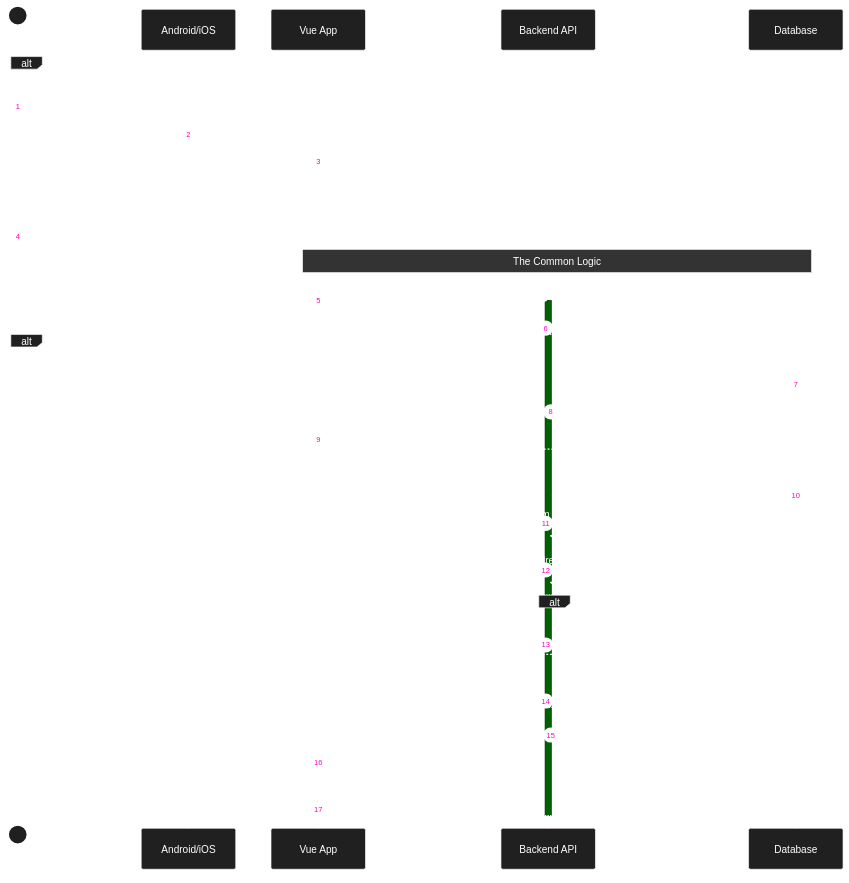
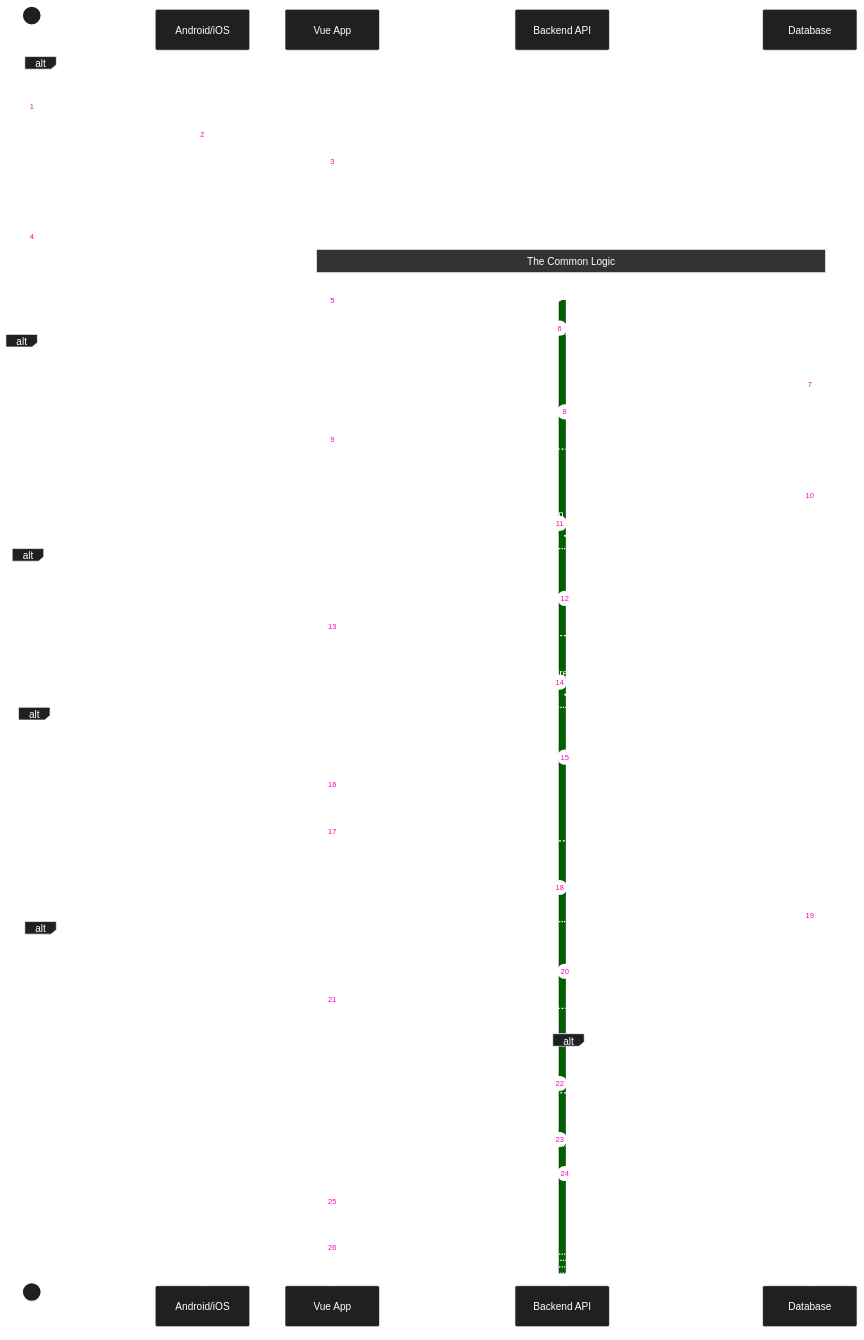
Before and after one commit to michaelgreenl/tally-tracker: the diagram in docs/diagrams/sequence/counter/join-shared.md, drawn with Mermaid. The commit also changed 6 other files, not shown here.

Commit message:
docs: align diagrams with implementation

````diff
--- a/docs/diagrams/sequence/counter/join-shared.md
+++ b/docs/diagrams/sequence/counter/join-shared.md
@@ -49,17 +49,37 @@
         DB-->>API: Counter Data
 
         API->>API: Check 1: Am I the Owner?
-        API->>API: Check 2: Already Joined?
 
-        alt New Share
-            API->>DB: INSERT CounterShare (Status: ACCEPTED)
-        else Re-Joining (Was Rejected)
-            API->>DB: UPDATE CounterShare (Status: ACCEPTED)
+        alt User Owns Counter
+            API-->>App: 409 Conflict
+            App-->>User: Show Error Toast
+        else User Does Not Own Counter
+            API->>API: Check 2: Already Joined?
+
+            alt Already ACCEPTED
+                API-->>App: 200 OK (Already joined + Counter Data)
+                App->>App: Add to Store
+                App-->>User: Redirect to Home
+            else Not Joined or Previously Rejected
+                API->>DB: Get User Tier
+                DB-->>API: User Tier
+
+                alt BASIC user already joined one shared counter
+                    API-->>App: 403 Forbidden
+                    App-->>User: Show Error Toast
+                else Join Allowed
+                    alt New Share
+                        API->>DB: INSERT CounterShare (Status: ACCEPTED)
+                    else Re-Joining (Was Rejected)
+                        API->>DB: UPDATE CounterShare (Status: ACCEPTED)
+                    end
+
+                    API-->>App: 201 Created (+ Counter Data)
+                    App->>App: Add to Store
+                    App-->>User: Redirect to Home
+                end
+            end
         end
-
-        API-->>App: 201 Created (+ Counter Data)
-        App->>App: Add to Store
-        App-->>User: Redirect to Home
     end
     deactivate API
 ```
````
